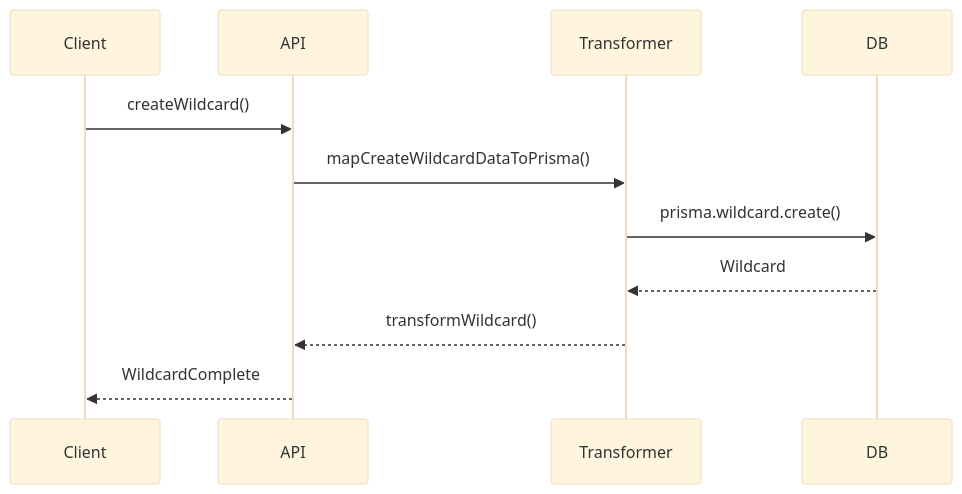
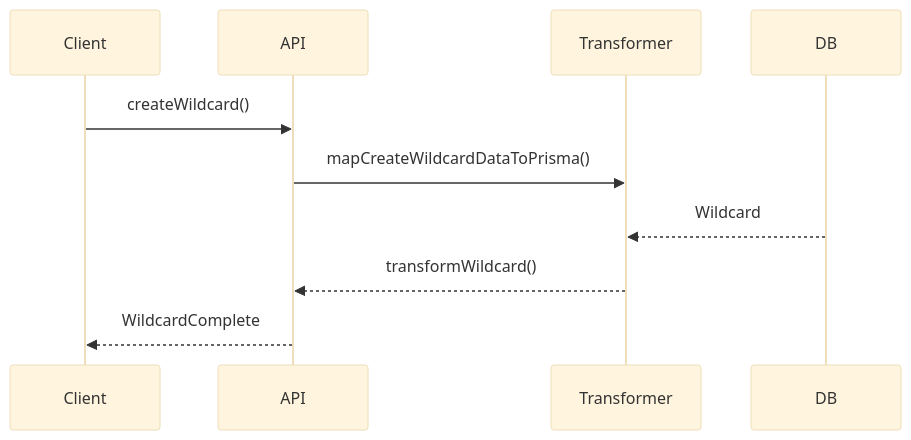
One commit to gvastethecreator/media-manager changed the second of 2 diagrams in src/types/entities/wildcard/documentation.md. Above: the diagram before and after it, drawn with Mermaid (base theme). The commit also changed 176 other files, not shown here.

````diff
--- a/src/types/entities/wildcard/documentation.md
+++ b/src/types/entities/wildcard/documentation.md
@@ -61,13 +61,13 @@
 ```mermaid
 sequenceDiagram
     participant Client
     participant API
     participant Transformer
     participant DB
     Client->>API: createWildcard()
     API->>Transformer: mapCreateWildcardDataToPrisma()
-    Transformer->>DB: prisma.wildcard.create()
+    
     DB-->>Transformer: Wildcard
     Transformer-->>API: transformWildcard()
     API-->>Client: WildcardComplete
 ```
````
